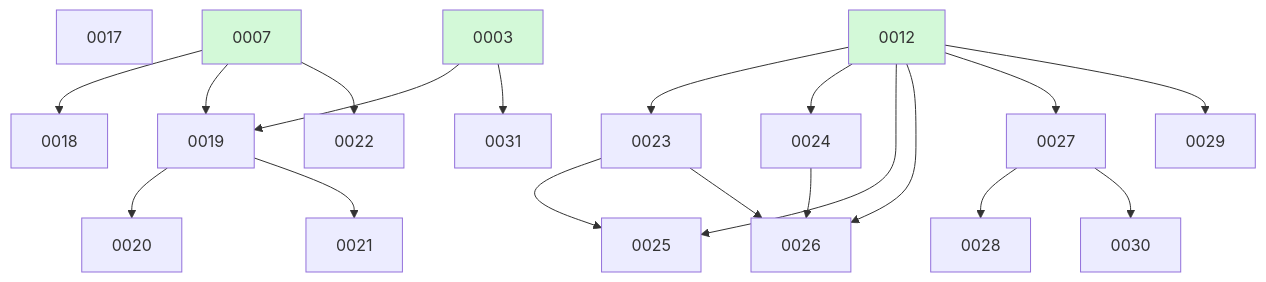
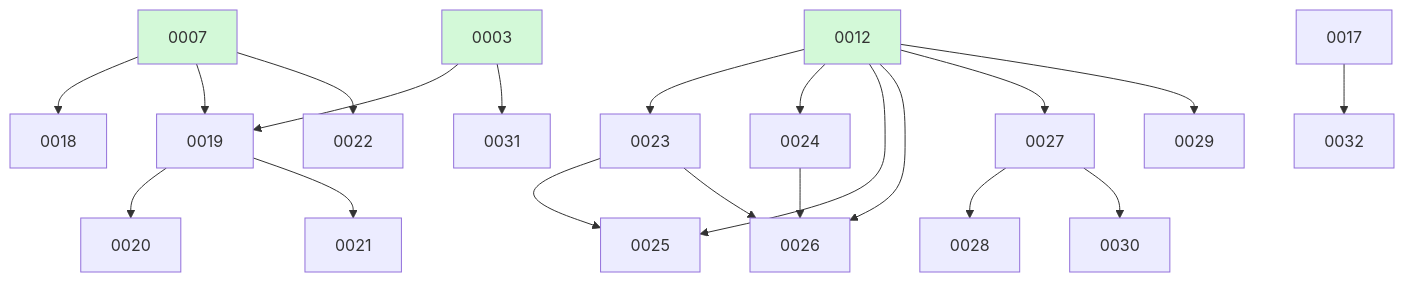
The diagram in docs/changes/BOARD.md (ethanhinson/fuse), drawn with Mermaid before and after one commit. The commit also changed other lines of this file, not shown here.

````diff
--- a/docs/changes/BOARD.md
+++ b/docs/changes/BOARD.md
@@ -30,26 +31,27 @@
 ```mermaid
 graph TD
   0017
   0007 --> 0018
   0003 --> 0019
   0007 --> 0019
   0019 --> 0020
   0019 --> 0021
   0007 --> 0022
   0012 --> 0023
   0012 --> 0024
   0012 --> 0025
   0023 --> 0025
   0012 --> 0026
   0023 --> 0026
   0024 --> 0026
   0012 --> 0027
   0027 --> 0028
   0012 --> 0029
   0027 --> 0030
   0003 --> 0031
+  0017 --> 0032
   0003:::done
   0007:::done
   0012:::done
   classDef done fill:#d3f9d8;
 ```
````
